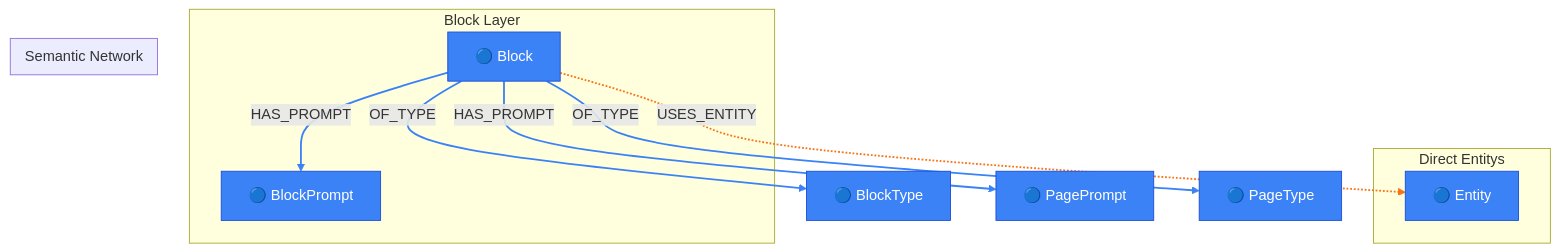
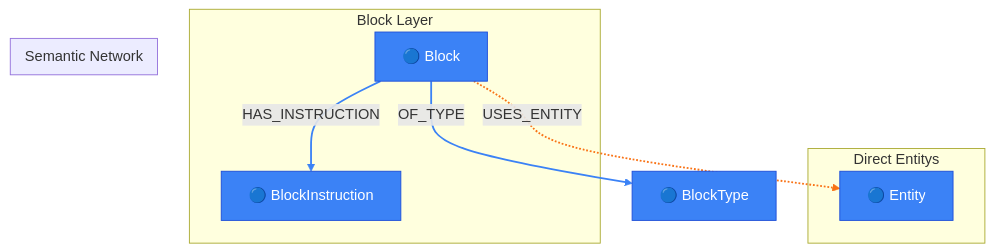
The diagram in packages/core/models/docs/block-semantic-network.md (supernovae-st/novanet), drawn with Mermaid before and after one commit. The commit also changed other lines of this file and 17 other files, not shown here.

````diff
--- a/packages/core/models/docs/block-semantic-network.md
+++ b/packages/core/models/docs/block-semantic-network.md
@@ -32,49 +32,43 @@
 ```mermaid
 flowchart TB
   %% View: Spreading Activation (block-semantic-network)
-  %% 6 nodes, 5 arcs
+  %% 4 nodes, 3 arcs
 
   %% Trait styling (node_trait)
-  classDef invariant fill:#3b82f6,stroke:#1d4ed8,color:#fff
-  classDef localized fill:#22c55e,stroke:#16a34a,color:#fff
-  classDef knowledge fill:#8b5cf6,stroke:#7c3aed,color:#fff
-  classDef derived fill:#9ca3af,stroke:#6b7280,color:#fff
-  classDef job fill:#6b7280,stroke:#4b5563,color:#fff
+  classDef defined fill:#3b82f6,stroke:#1d4ed8,color:#fff
+  classDef authored fill:#22c55e,stroke:#16a34a,color:#fff
+  classDef imported fill:#8b5cf6,stroke:#7c3aed,color:#fff
+  classDef generated fill:#b58900,stroke:#996f00,color:#fff
+  classDef retrieved fill:#6c71c4,stroke:#5761b3,color:#fff
 
   subgraph BLOCK_LAYER["Block Layer"]
     Block["🔵 Block"]
-    BlockPrompt["🔵 BlockPrompt"]
+    BlockInstruction["🔵 BlockInstruction"]
   end
 
   subgraph DIRECT_ENTITYS["Direct Entitys"]
     Entity["🔵 Entity"]
   end
 
   subgraph SEMANTIC_NETWORK["Semantic Network"]
     Entity["🔵 Entity"]
   end
 
   %% Additional reachable nodes
   BlockType["🔵 BlockType"]
-  PagePrompt["🔵 PagePrompt"]
-  PageType["🔵 PageType"]
 
   %% Relationships (styled by arc family)
-  Block -->|HAS_PROMPT| BlockPrompt
-  Block -->|HAS_PROMPT| PagePrompt
+  Block -->|HAS_INSTRUCTION| BlockInstruction
   Block -->|OF_TYPE| BlockType
-  Block -->|OF_TYPE| PageType
   Block -.->|USES_ENTITY| Entity
 
   %% Arc colors by family
-  linkStyle 0,1,2,3 stroke:#3b82f6,stroke-width:2px
-  linkStyle 4 stroke:#f97316,stroke-width:2px
+  linkStyle 0,1 stroke:#3b82f6,stroke-width:2px
+  linkStyle 2 stroke:#f97316,stroke-width:2px
 
   %% Class assignments
-  class Block invariant
-  class BlockPrompt invariant
-  class BlockType invariant
-  class Entity invariant
-  class PagePrompt invariant
-  class PageType invariant
+  class Block defined
+  class BlockInstruction defined
+  class BlockType defined
+  class Entity defined
 ```
````
